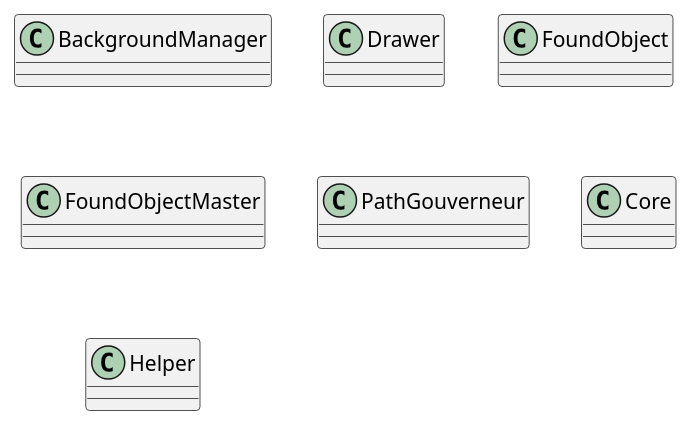
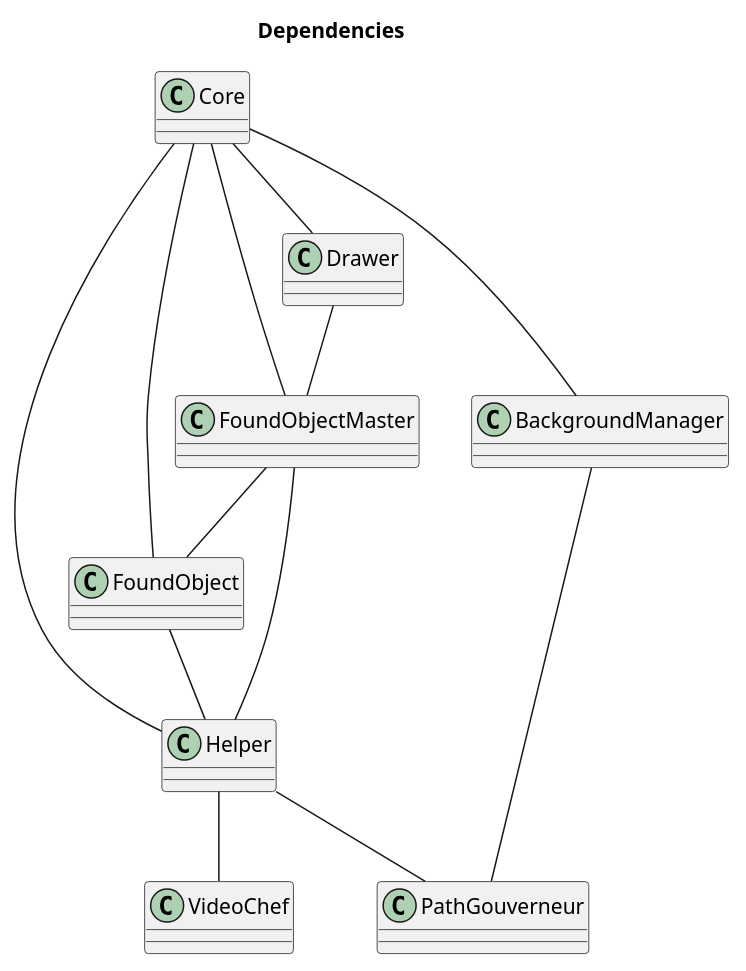
One commit to NewTec-GmbH/SpaceShipRadar changed the diagram in doc/uml/swarch.puml. Above: the diagram before and after it, drawn with PlantUML. The commit also changed 1 other file, not shown here.

Commit message:
added Dependencies in swarch

```diff
--- a/doc/uml/swarch.puml
+++ b/doc/uml/swarch.puml
@@ -1,11 +1,31 @@
 @startuml swarch
+title Dependencies
 
-class BackgroundManager
-class Drawer
+class Core
+class Helper
 class FoundObject
 class FoundObjectMaster
+class Drawer
+class BackgroundManager
 class PathGouverneur
-class Core
-class Helper
+class VideoChef
+
+Core -- Helper
+Core -- FoundObject
+Core -- FoundObjectMaster
+Core -- Drawer
+Core -- BackgroundManager
+
+Helper -- PathGouverneur
+Helper -- VideoChef
+
+FoundObject -- Helper
+
+FoundObjectMaster -- FoundObject
+FoundObjectMaster -- Helper
+
+Drawer -- FoundObjectMaster
+
+BackgroundManager -- PathGouverneur
 
 @enduml
```
